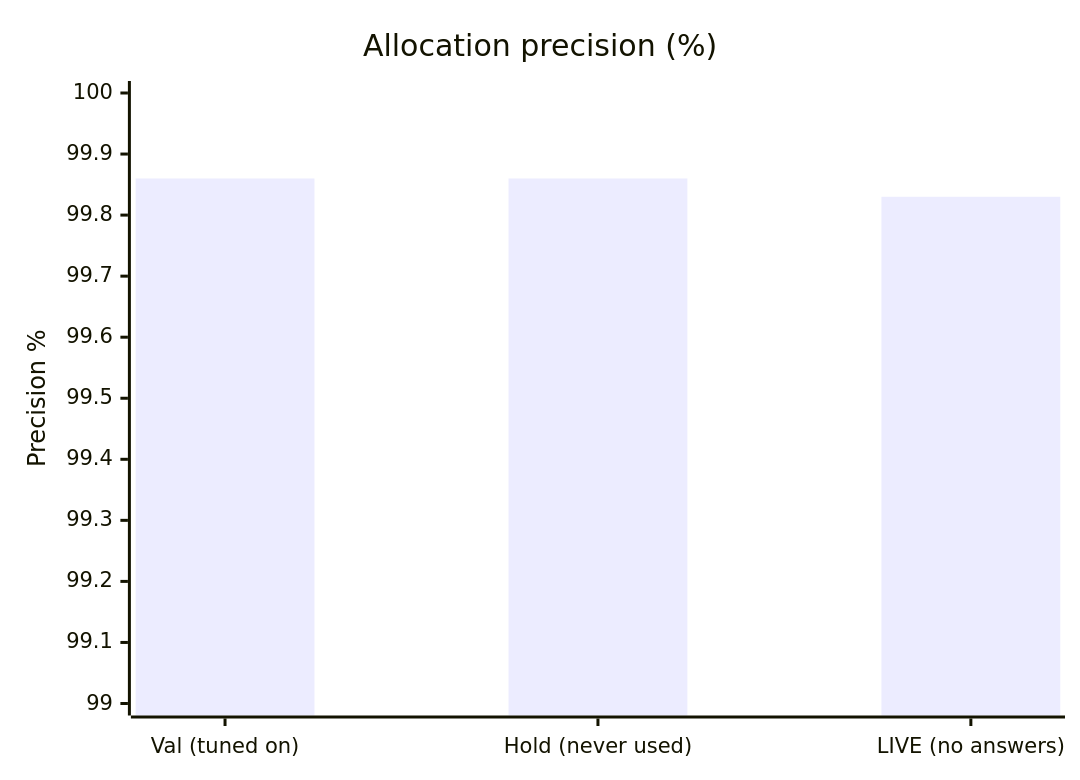
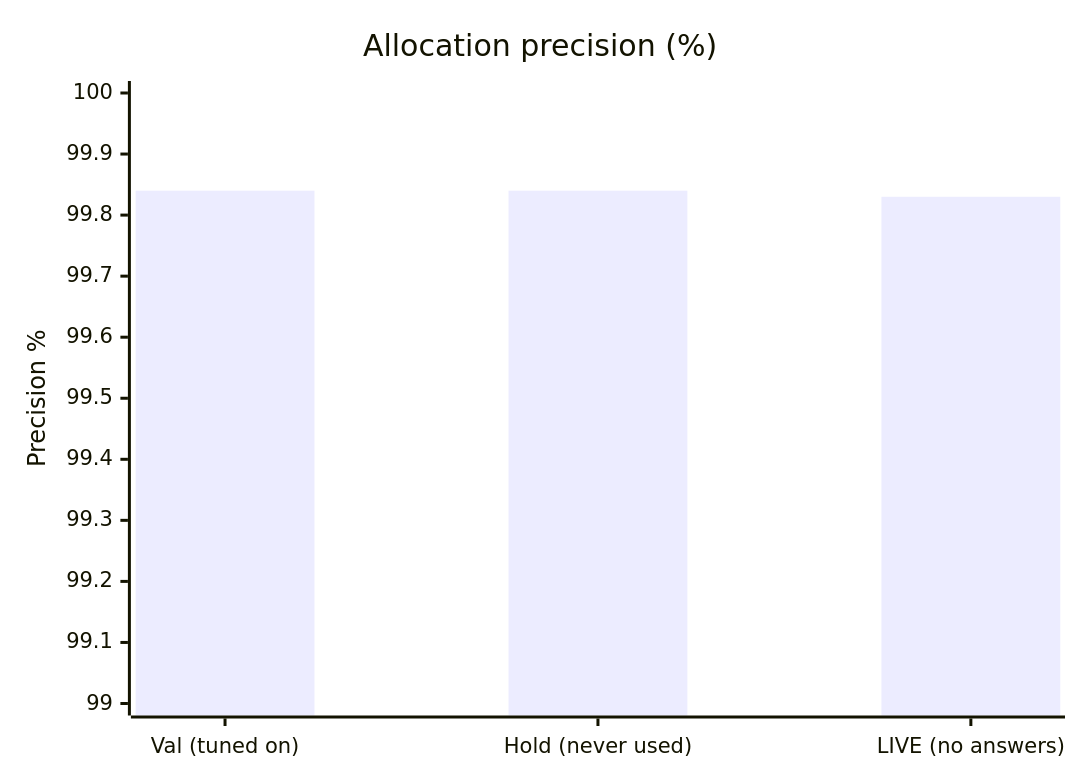
Before and after one commit to KennyHc/hackathon-claude: the second of 3 diagrams in OVERFITTING_CHECKS.md, drawn with Mermaid. The commit also changed other lines of this file and 22 other files, not shown here.

````diff
--- a/OVERFITTING_CHECKS.md
+++ b/OVERFITTING_CHECKS.md
@@ -483,7 +488,7 @@
 ```mermaid
 xychart-beta
     title "Allocation precision (%)"
     x-axis ["Val (tuned on)", "Hold (never used)", "LIVE (no answers)"]
     y-axis "Precision %" 99 --> 100
-    bar [99.86, 99.86, 99.83]
+    bar [99.84, 99.84, 99.83]
 ```
````
